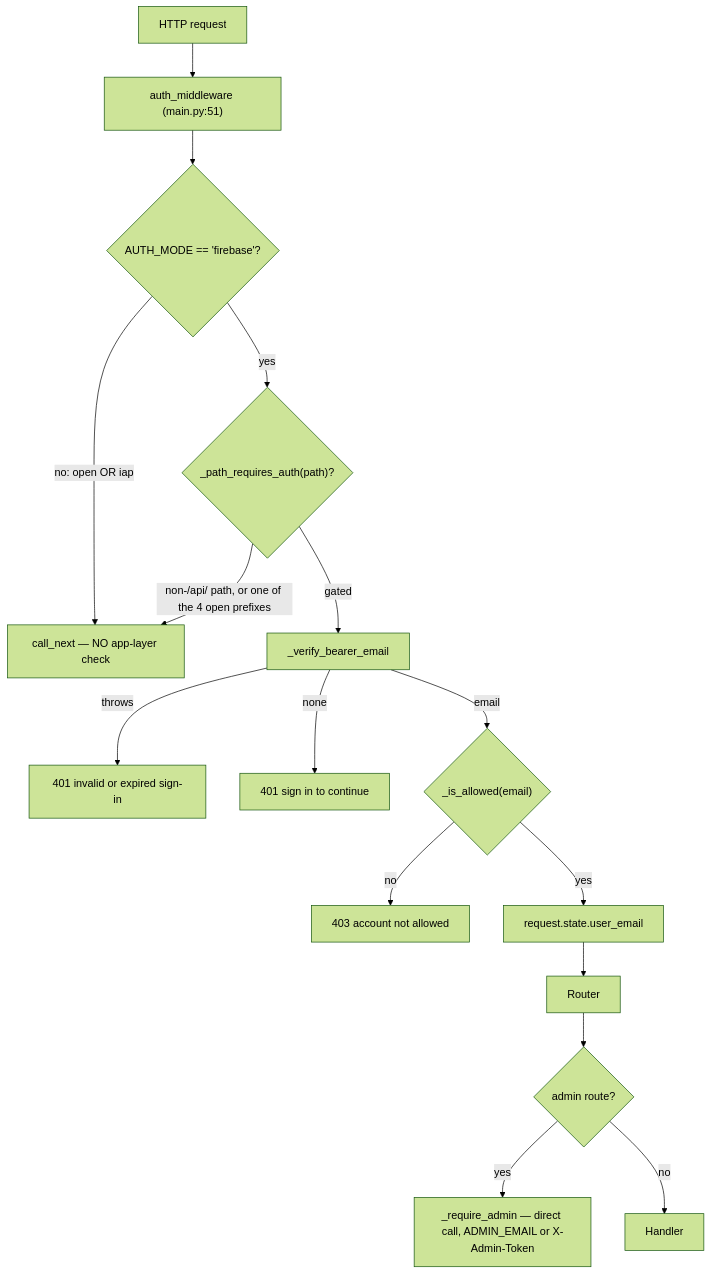
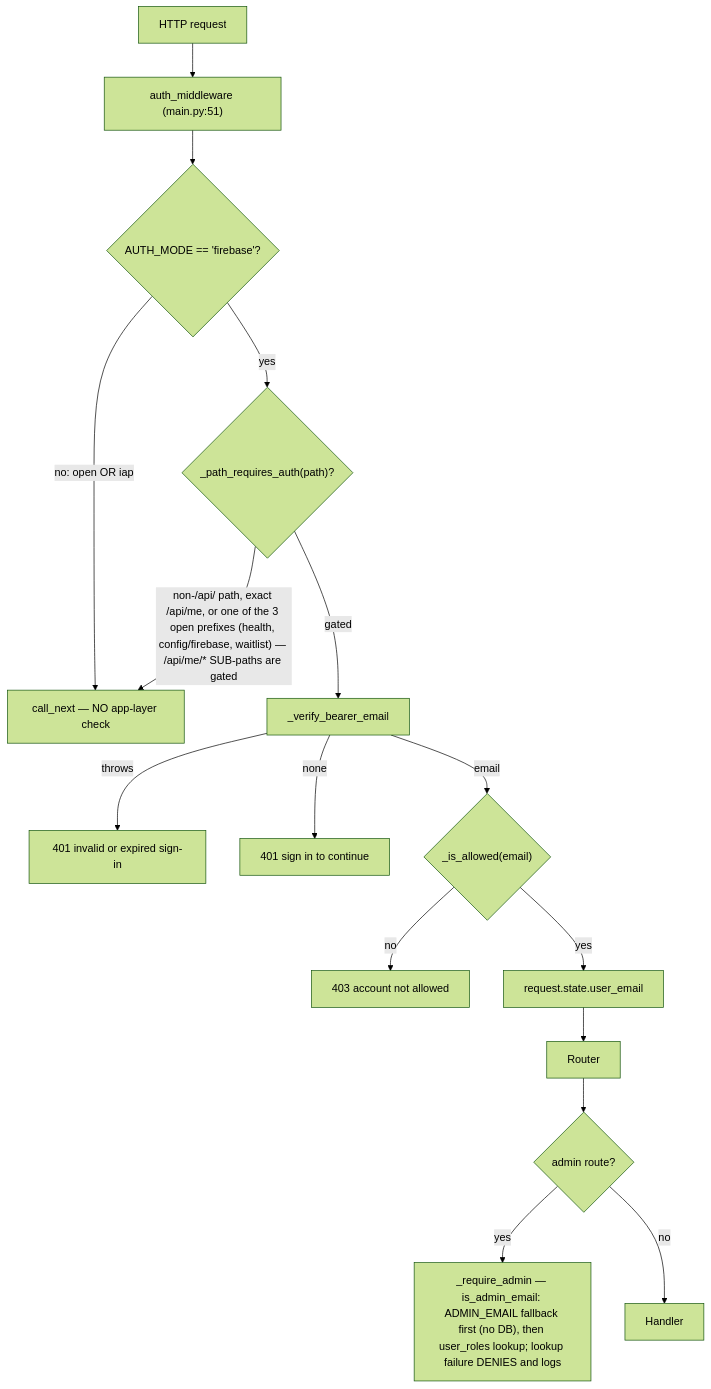
The diagram in docs/product/09-SECURITY-AUTH.md (TeneikaAskew/stocks), drawn with Mermaid (forest theme) before and after one commit. The commit also changed other lines of this file, not shown here.

First line of the commit message:
docs: refresh security doc for role-based admin and CI deploy identity (#986)

````diff
--- a/docs/product/09-SECURITY-AUTH.md
+++ b/docs/product/09-SECURITY-AUTH.md
@@ -21,17 +27,17 @@
 ```mermaid
 flowchart TB
  REQ[HTTP request] --> MW["auth_middleware (main.py:51)"]
  MW --> M{"AUTH_MODE == 'firebase'?"}
  M -->|no: open OR iap| PASS[call_next — NO app-layer check]
  M -->|yes| P{"_path_requires_auth(path)?"}
- P -->|"non-/api/ path, or one of the 4 open prefixes"| PASS
+ P -->|"non-/api/ path, exact /api/me, or one of the 3 open prefixes (health, config/firebase, waitlist) — /api/me/* SUB-paths are gated"| PASS
  P -->|gated| V["_verify_bearer_email"]
  V -->|throws| E401[401 invalid or expired sign-in]
  V -->|none| E401b[401 sign in to continue]
  V -->|email| AL{"_is_allowed(email)"}
  AL -->|no| E403[403 account not allowed]
  AL -->|yes| ST[request.state.user_email] --> ROUTER[Router]
  ROUTER --> ADM{"admin route?"}
- ADM -->|yes| RA["_require_admin — direct call, ADMIN_EMAIL or X-Admin-Token"]
+ ADM -->|yes| RA["_require_admin — is_admin_email: ADMIN_EMAIL fallback first (no DB), then user_roles lookup; lookup failure DENIES and logs"]
  ADM -->|no| OK[Handler]
 ```
````
